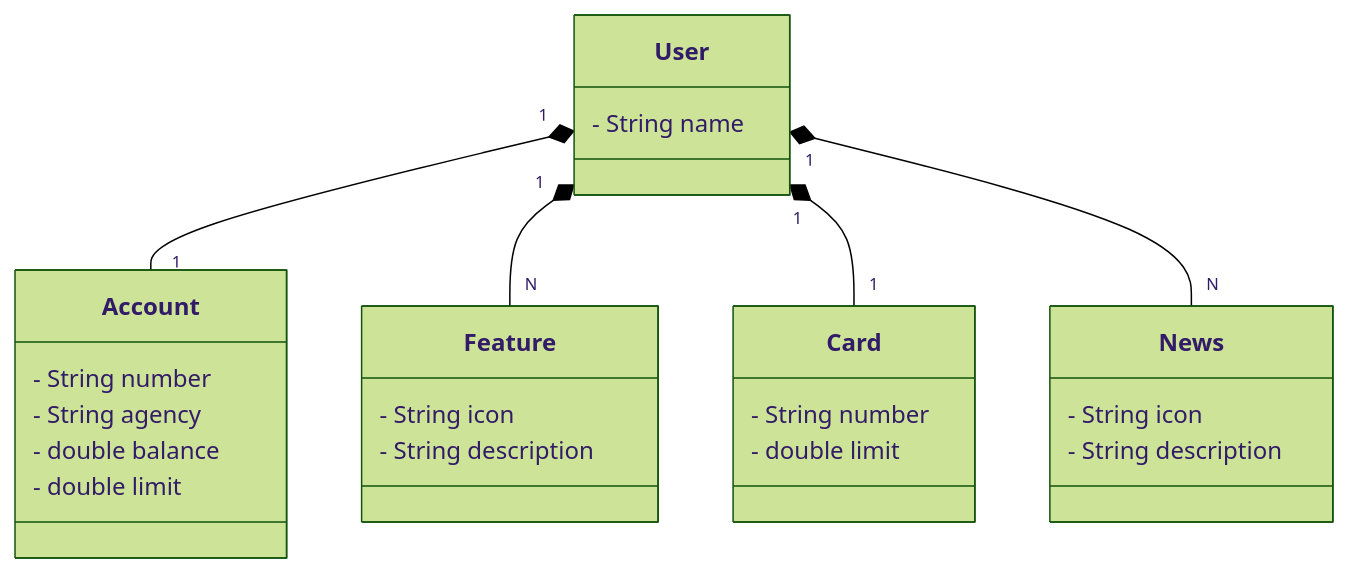
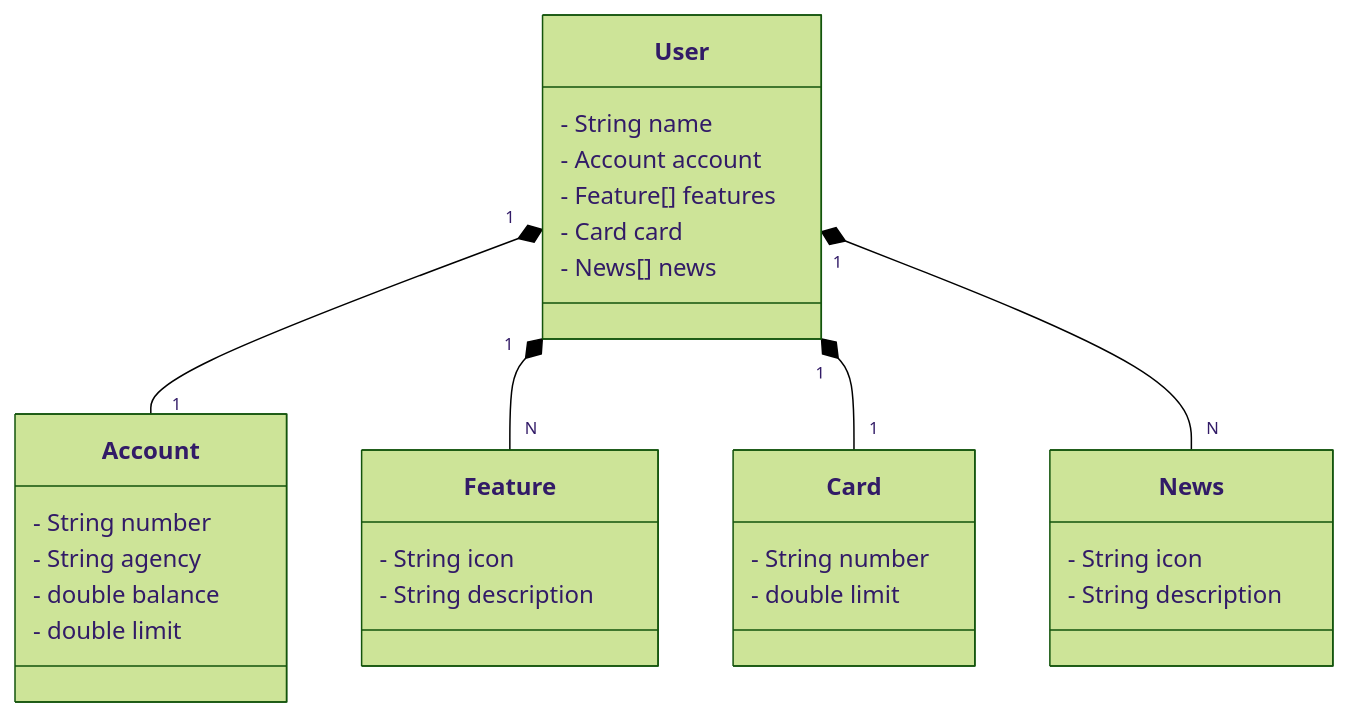
The diagram in README.md (ItaloFernandes-Ms/API-RESTful-Bootcamp-Santander-2025), drawn with Mermaid (forest theme) before and after one commit.

````diff
--- a/README.md
+++ b/README.md
@@ -6,33 +6,37 @@
 ```mermaid
 classDiagram
     class User {
         - String name
+        - Account account
+        - Feature[] features
+        - Card card
+        - News[] news
     }
 
     class Account {
         - String number
         - String agency
         - double balance
         - double limit
     }
 
     class Feature {
         - String icon
         - String description
     }
 
     class Card {
         - String number
         - double limit
     }
 
     class News {
         - String icon
         - String description
     }
 
     User "1" *-- "1" Account
     User "1" *-- "N" Feature
     User "1" *-- "1" Card
     User "1" *-- "N" News
 ```
````
